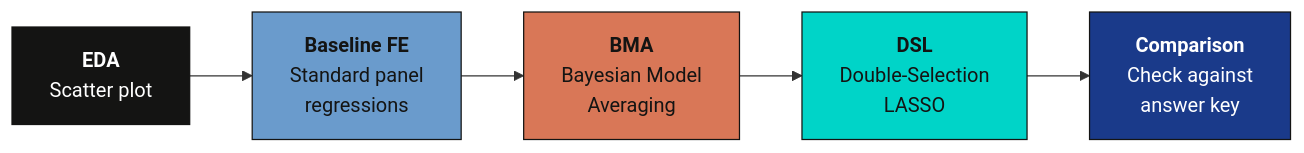
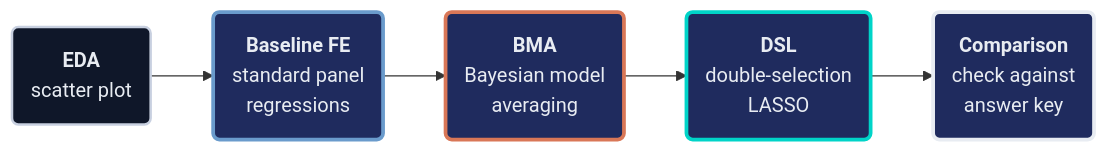
One commit to cmg777/starter-academic-v501 changed the first of 4 diagrams in content/post/stata_bma_dsl/index.md. Above: the diagram before and after it, drawn with Mermaid. The commit also changed other lines of this file and 13 other files, not shown here.

First line of the commit message:
content(mermaid): restyle flowcharts in Stata posts, batch 1 of 2

````diff
--- a/content/post/stata_bma_dsl/index.md
+++ b/content/post/stata_bma_dsl/index.md
@@ -247,13 +247,17 @@
 ```mermaid
 graph LR
-    A["<b>EDA</b><br/>Scatter plot"] --> B["<b>Baseline FE</b><br/>Standard panel<br/>regressions"]
-    B --> C["<b>BMA</b><br/>Bayesian Model<br/>Averaging"]
-    C --> D["<b>DSL</b><br/>Double-Selection<br/>LASSO"]
-    D --> E["<b>Comparison</b><br/>Check against<br/>answer key"]
-
-    style A fill:#141413,stroke:#141413,color:#fff
-    style B fill:#6a9bcc,stroke:#141413,color:#141413
-    style C fill:#d97757,stroke:#141413,color:#141413
-    style D fill:#00d4c8,stroke:#141413,color:#141413
-    style E fill:#1a3a8a,stroke:#141413,color:#fff
+    A("<b>EDA</b><br/>scatter plot") --> B("<b>Baseline FE</b><br/>standard panel<br/>regressions")
+    B --> C("<b>BMA</b><br/>Bayesian model<br/>averaging")
+    C --> D("<b>DSL</b><br/>double-selection<br/>LASSO")
+    D --> E("<b>Comparison</b><br/>check against<br/>answer key")
+    classDef anchor fill:#0f1729,stroke:#c8d0e0,stroke-width:2px,color:#e8ecf2
+    classDef blue fill:#1f2b5e,stroke:#6a9bcc,stroke-width:3px,color:#e8ecf2
+    classDef orange fill:#1f2b5e,stroke:#d97757,stroke-width:3px,color:#e8ecf2
+    classDef teal fill:#1f2b5e,stroke:#00d4c8,stroke-width:3px,color:#e8ecf2
+    classDef key fill:#1f2b5e,stroke:#e8ecf2,stroke-width:3px,color:#e8ecf2
+    class A anchor
+    class B blue
+    class C orange
+    class D teal
+    class E key
 ```
````
